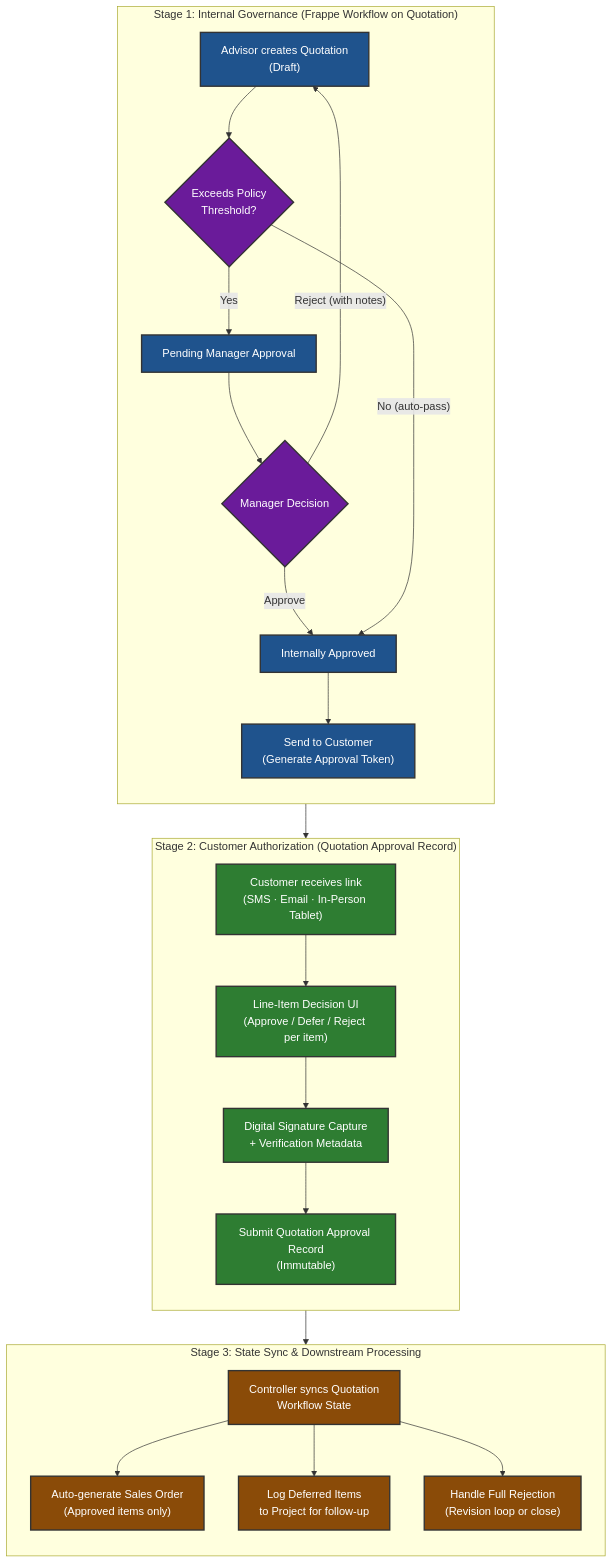
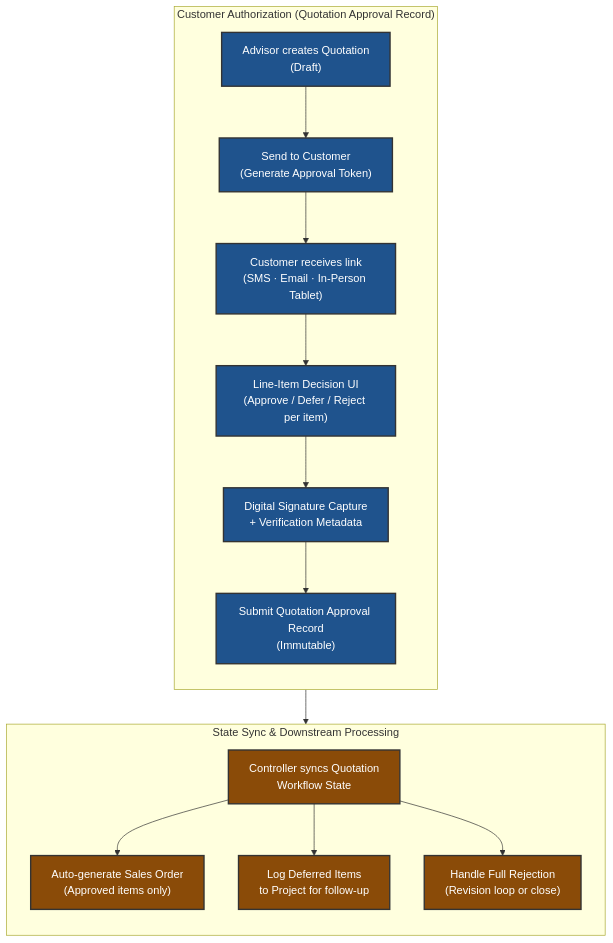
One commit to patricklai3/induct_shop changed the first of 6 diagrams in docs/development/quotation-approval-system-spec.md. Above: the diagram before and after it, drawn with Mermaid. The commit also changed other lines of this file and 2 other files, not shown here.

First line of the commit message:
docs: remove stage 1 from quotation approval spec

````diff
--- a/docs/development/quotation-approval-system-spec.md
+++ b/docs/development/quotation-approval-system-spec.md
@@ -28,39 +28,25 @@
 ```mermaid
 flowchart TD
-    subgraph S1["Stage 1: Internal Governance (Frappe Workflow on Quotation)"]
+    subgraph S1["Customer Authorization (Quotation Approval Record)"]
         direction TB
-        A["Advisor creates Quotation\n(Draft)"] --> B{"Exceeds Policy\nThreshold?"}
-        B -- "Yes" --> C["Pending Manager Approval"]
-        C --> D{"Manager Decision"}
-        D -- "Reject (with notes)" --> A
-        D -- "Approve" --> E["Internally Approved"]
-        B -- "No (auto-pass)" --> E
-        E --> F["Send to Customer\n(Generate Approval Token)"]
-    end
-
-    subgraph S2["Stage 2: Customer Authorization (Quotation Approval Record)"]
-        direction TB
+        A["Advisor creates Quotation\n(Draft)"] --> F["Send to Customer\n(Generate Approval Token)"]
         F --> G["Customer receives link\n(SMS · Email · In-Person Tablet)"]
         G --> H["Line-Item Decision UI\n(Approve / Defer / Reject per item)"]
         H --> I["Digital Signature Capture\n+ Verification Metadata"]
         I --> J["Submit Quotation Approval Record\n(Immutable)"]
     end
 
-    subgraph S3["Stage 3: State Sync & Downstream Processing"]
+    subgraph S2["State Sync & Downstream Processing"]
         direction TB
         J --> K["Controller syncs Quotation\nWorkflow State"]
         K --> L["Auto-generate Sales Order\n(Approved items only)"]
         K --> M["Log Deferred Items\nto Project for follow-up"]
         K --> N["Handle Full Rejection\n(Revision loop or close)"]
     end
 
     classDef stage1 fill:#1f538d,stroke:#333,stroke-width:2px,color:#fff;
-    classDef stage2 fill:#2e7d32,stroke:#333,stroke-width:2px,color:#fff;
-    classDef stage3 fill:#8a4b08,stroke:#333,stroke-width:2px,color:#fff;
-    classDef decision fill:#6a1b9a,stroke:#333,stroke-width:2px,color:#fff;
+    classDef stage2 fill:#8a4b08,stroke:#333,stroke-width:2px,color:#fff;
 
-    class A,C,E,F stage1;
-    class G,H,I,J stage2;
-    class K,L,M,N stage3;
-    class B,D decision;
+    class A,F,G,H,I,J stage1;
+    class K,L,M,N stage2;
 ```
````
